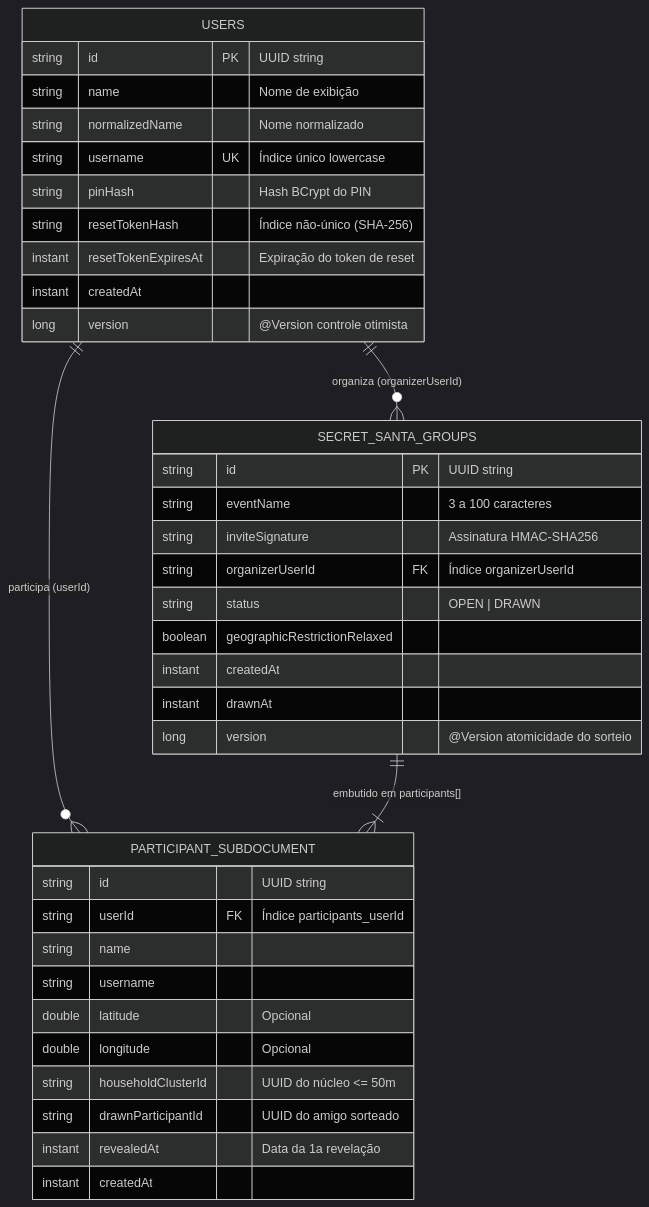
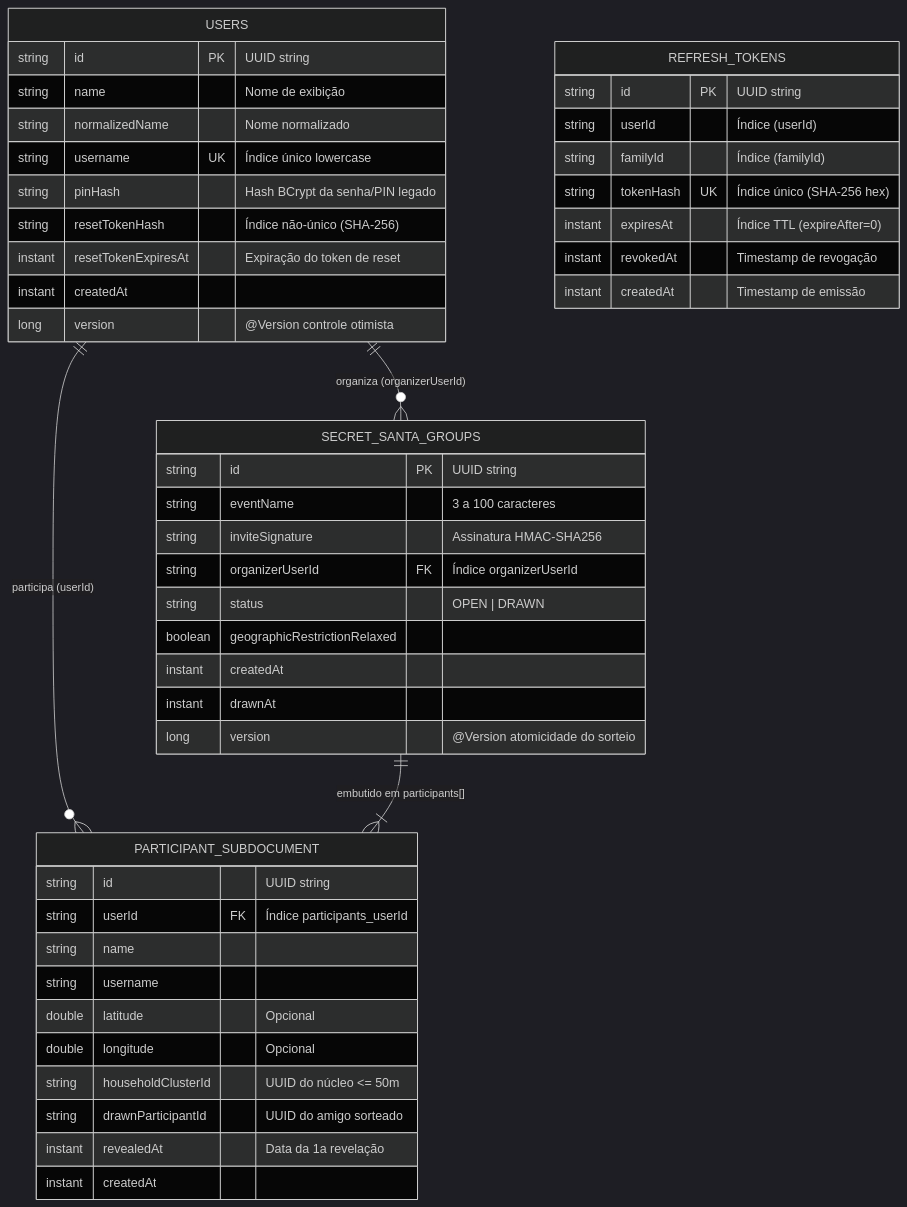
One commit to tiaggofg/secret-santa changed the second of 4 diagrams in docs/modelo-dominio-e-dados.md. Above: the diagram before and after it, drawn with Mermaid (dark theme). The commit also changed other lines of this file and 54 other files, not shown here.

````diff
--- a/docs/modelo-dominio-e-dados.md
+++ b/docs/modelo-dominio-e-dados.md
@@ -111,43 +131,53 @@
 ```mermaid
 erDiagram
     USERS {
         string id PK "UUID string"
         string name "Nome de exibição"
         string normalizedName "Nome normalizado"
         string username UK "Índice único lowercase"
-        string pinHash "Hash BCrypt do PIN"
+        string pinHash "Hash BCrypt da senha/PIN legado"
         string resetTokenHash "Índice não-único (SHA-256)"
         instant resetTokenExpiresAt "Expiração do token de reset"
         instant createdAt
         long version "@Version controle otimista"
+    }
+
+    REFRESH_TOKENS {
+        string id PK "UUID string"
+        string userId "Índice (userId)"
+        string familyId "Índice (familyId)"
+        string tokenHash UK "Índice único (SHA-256 hex)"
+        instant expiresAt "Índice TTL (expireAfter=0)"
+        instant revokedAt "Timestamp de revogação"
+        instant createdAt "Timestamp de emissão"
     }
 
     SECRET_SANTA_GROUPS {
         string id PK "UUID string"
         string eventName "3 a 100 caracteres"
         string inviteSignature "Assinatura HMAC-SHA256"
         string organizerUserId FK "Índice organizerUserId"
         string status "OPEN | DRAWN"
         boolean geographicRestrictionRelaxed
         instant createdAt
         instant drawnAt
         long version "@Version atomicidade do sorteio"
     }
 
     PARTICIPANT_SUBDOCUMENT {
         string id "UUID string"
         string userId FK "Índice participants_userId"
         string name
         string username
         double latitude "Opcional"
         double longitude "Opcional"
         string householdClusterId "UUID do núcleo <= 50m"
         string drawnParticipantId "UUID do amigo sorteado"
         instant revealedAt "Data da 1a revelação"
         instant createdAt
     }
 
     USERS ||--o{ SECRET_SANTA_GROUPS : "organiza (organizerUserId)"
     USERS ||--o{ PARTICIPANT_SUBDOCUMENT : "participa (userId)"
     SECRET_SANTA_GROUPS ||--|{ PARTICIPANT_SUBDOCUMENT : "embutido em participants[]"
 ```
````
